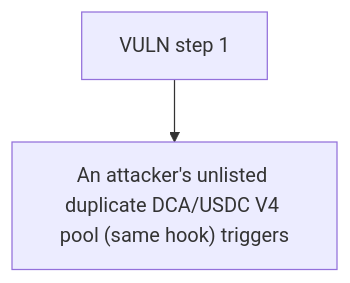
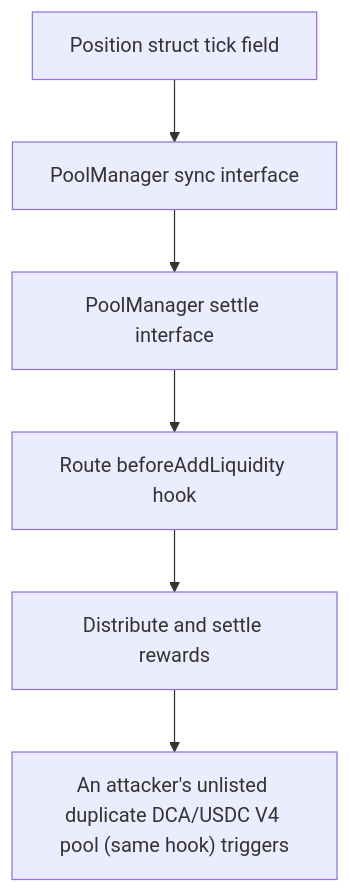
Before and after one commit to sanbir/evm-hack-registry: the diagram in 63420-h-2-attackers-will-steal-rewards-from-legitimate-pools-by-ma_exp/63420-h-2-attackers-will-steal-rewards-from-legitimate-pools-by-ma_exp.md, drawn with Mermaid. The commit also changed other lines of this file and 79 other files, not shown here.

````diff
--- a/63420-h-2-attackers-will-steal-rewards-from-legitimate-pools-by-ma_exp/63420-h-2-attackers-will-steal-rewards-from-legitimate-pools-by-ma_exp.md
+++ b/63420-h-2-attackers-will-steal-rewards-from-legitimate-pools-by-ma_exp/63420-h-2-attackers-will-steal-rewards-from-legitimate-pools-by-ma_exp.md
@@ -28,6 +28,14 @@
 ```mermaid
 flowchart TD
-  S0["VULN step 1"]
+  S0["Position struct tick field"]
+  S1["PoolManager sync interface"]
+  S2["PoolManager settle interface"]
+  S3["Route beforeAddLiquidity hook"]
+  S4["Distribute and settle rewards"]
   H["An attacker's unlisted duplicate DCA/USDC V4 pool (same hook) triggers"]
-  S0 --> H
+  S0 --> S1
+  S1 --> S2
+  S2 --> S3
+  S3 --> S4
+  S4 --> H
 ```
````
